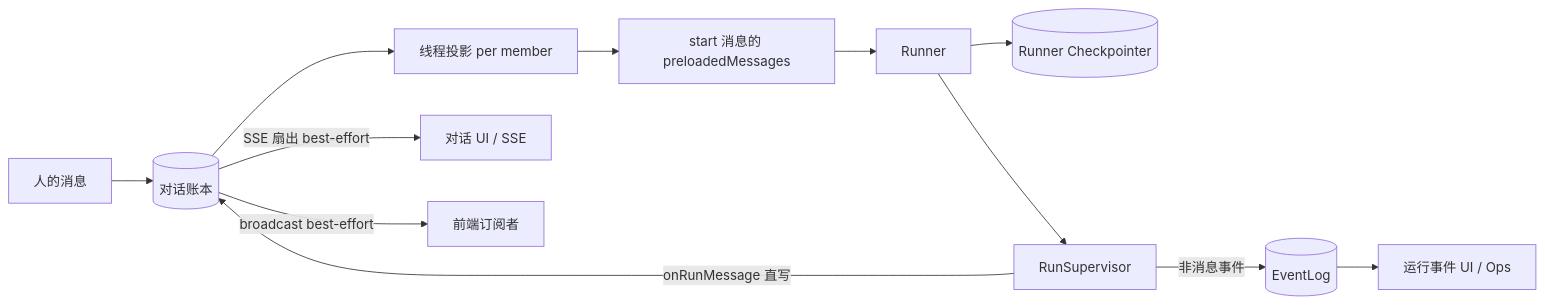
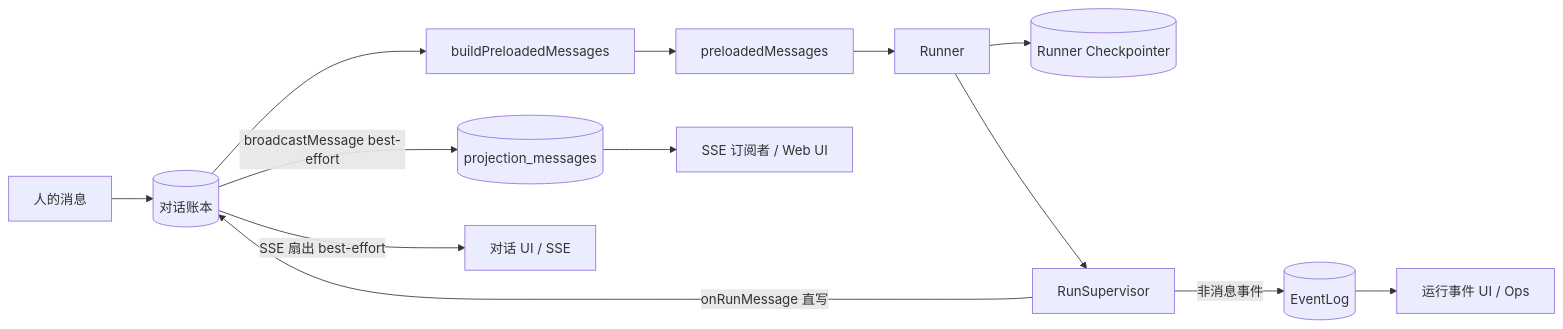
One commit to Chengchcc/my-agent-team changed the diagram in docs/architecture/foundations/facts-and-projections.md. Above: the diagram before and after it, drawn with Mermaid. The commit also changed other lines of this file, not shown here.

Commit message:
docs(docs): fix facts-and-projections after M17 ledger/preloadedMessages refactor

````diff
--- a/docs/architecture/foundations/facts-and-projections.md
+++ b/docs/architecture/foundations/facts-and-projections.md
@@ -42,14 +44,15 @@
 ```mermaid
 flowchart LR
   Human[人的消息] --> Ledger[(对话账本)]
   Sup[RunSupervisor] -->|onRunMessage 直写| Ledger
-  Ledger --> TP[线程投影 per member]
-  TP --> Spec[start 消息的 preloadedMessages]
+  Ledger --> BPM[buildPreloadedMessages]
+  BPM --> Spec[preloadedMessages]
   Spec --> Runner[Runner]
   Runner --> CKPT[(Runner Checkpointer)]
   Runner --> Sup
   Sup -->|非消息事件| EventLog[(EventLog)]
   EventLog --> RunUI[运行事件 UI / Ops]
+  Ledger -->|broadcastMessage best-effort| TP[(projection_messages)]
+  TP --> SSEReader[SSE 订阅者 / Web UI]
   Ledger -->|SSE 扇出 best-effort| ConvUI[对话 UI / SSE]
-  Ledger -->|broadcast best-effort| Fanout[前端订阅者]
 ```
````
